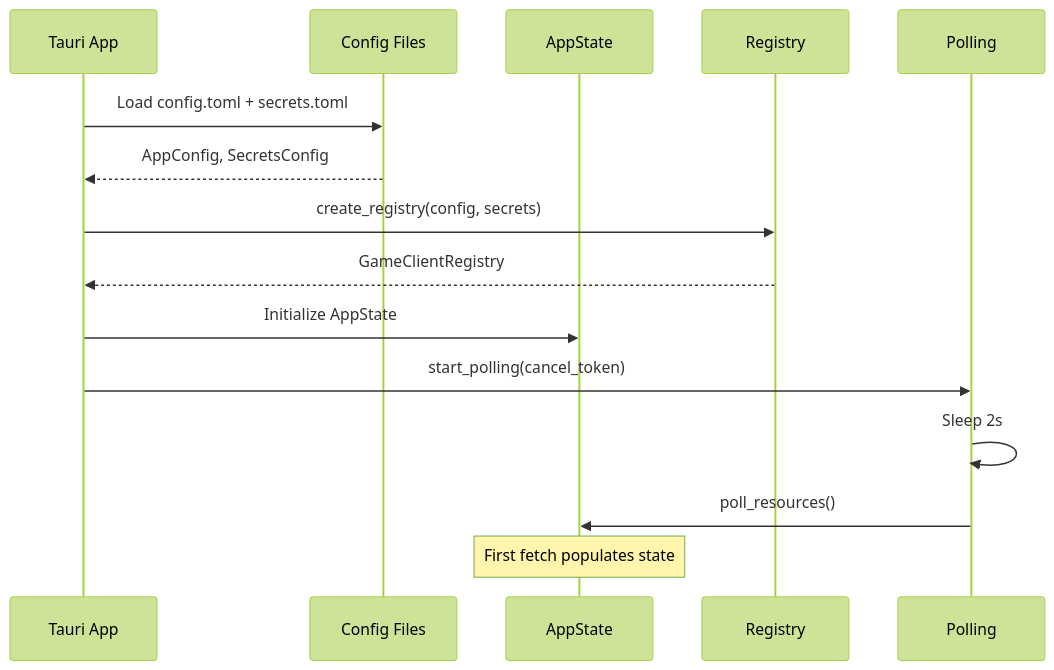
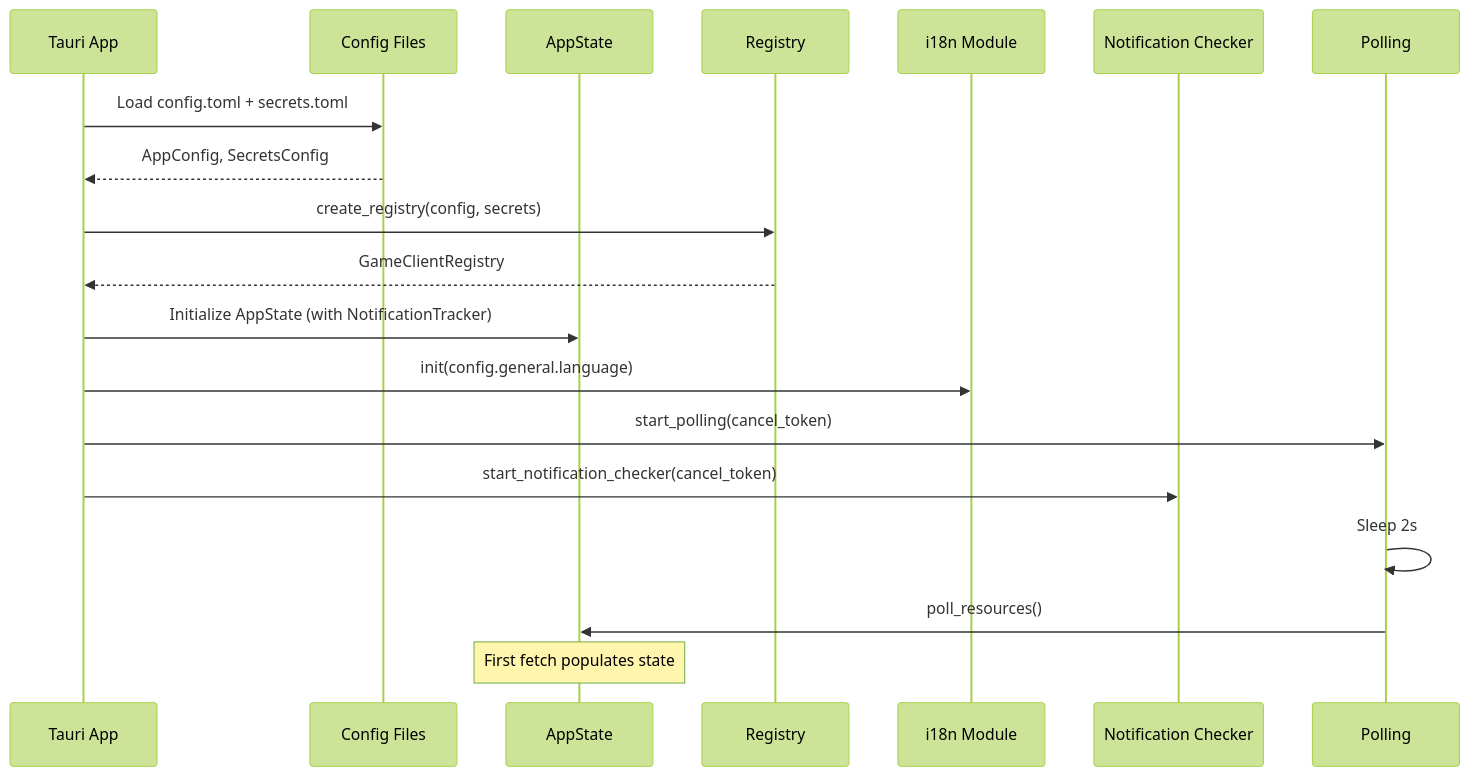
One commit to kvnxiao/storekeeper changed the third of 7 diagrams in docs/architecture/04-data-flow.md. Above: the diagram before and after it, drawn with Mermaid (forest theme). The commit also changed other lines of this file and 5 other files, not shown here.

````diff
--- a/docs/architecture/04-data-flow.md
+++ b/docs/architecture/04-data-flow.md
@@ -104,18 +106,22 @@
 ```mermaid
 sequenceDiagram
     participant APP as Tauri App
     participant CFG as Config Files
     participant ST as AppState
     participant REG as Registry
+    participant I18N as i18n Module
+    participant NOTIF as Notification Checker
     participant POLL as Polling
 
     APP->>CFG: Load config.toml + secrets.toml
     CFG-->>APP: AppConfig, SecretsConfig
     APP->>REG: create_registry(config, secrets)
     REG-->>APP: GameClientRegistry
-    APP->>ST: Initialize AppState
+    APP->>ST: Initialize AppState (with NotificationTracker)
+    APP->>I18N: init(config.general.language)
     APP->>POLL: start_polling(cancel_token)
+    APP->>NOTIF: start_notification_checker(cancel_token)
     POLL->>POLL: Sleep 2s
     POLL->>ST: poll_resources()
     Note over ST: First fetch populates state
 ```
````
